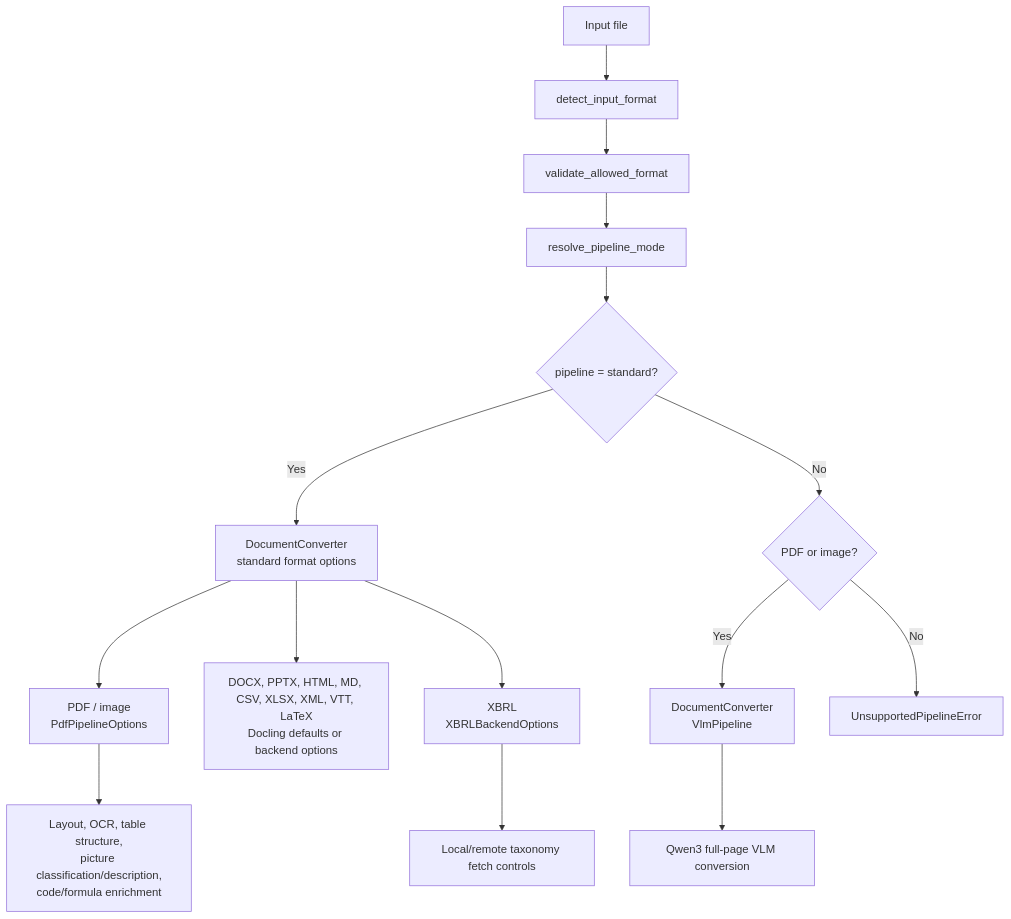
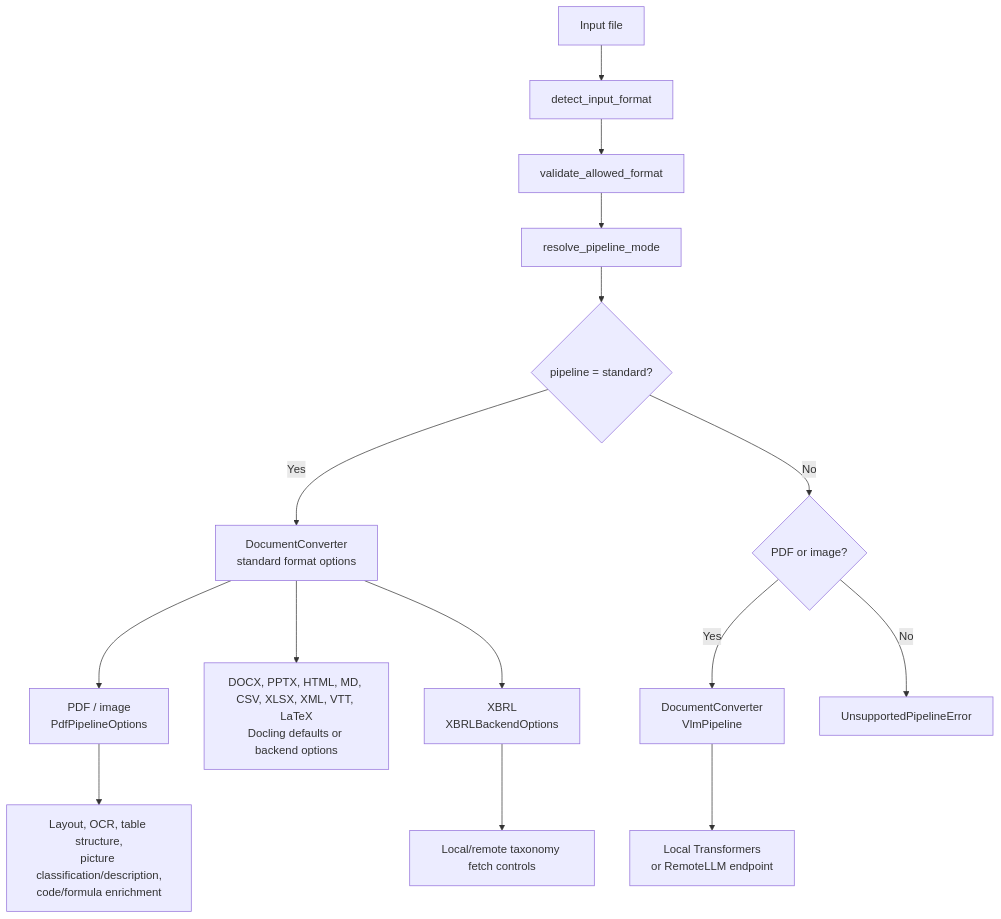
The fifth of 7 diagrams in docs/architecture-diagram.md (alrolo3/ingest-orquestator-service), drawn with Mermaid before and after one commit. The commit also changed other lines of this file and 38 other files, not shown here.

Commit message:
Implement RemoteLLM Docling routing

````diff
--- a/docs/architecture-diagram.md
+++ b/docs/architecture-diagram.md
@@ -172,20 +172,20 @@
 ```mermaid
 flowchart TD
     Input["Input file"] --> Detect["detect_input_format"]
     Detect --> Validate["validate_allowed_format"]
     Validate --> Resolve["resolve_pipeline_mode"]
 
     Resolve --> Standard{"pipeline = standard?"}
     Standard -->|Yes| StandardConverter["DocumentConverter<br/>standard format options"]
     Standard -->|No| VLMCheck{"PDF or image?"}
     VLMCheck -->|Yes| VLMConverter["DocumentConverter<br/>VlmPipeline"]
     VLMCheck -->|No| Error["UnsupportedPipelineError"]
 
     StandardConverter --> PdfImage["PDF / image<br/>PdfPipelineOptions"]
     StandardConverter --> Simple["DOCX, PPTX, HTML, MD, CSV, XLSX, XML, VTT, LaTeX<br/>Docling defaults or backend options"]
     StandardConverter --> XBRL["XBRL<br/>XBRLBackendOptions"]
 
     PdfImage --> Stages["Layout, OCR, table structure,<br/>picture classification/description,<br/>code/formula enrichment"]
-    VLMConverter --> Qwen["Qwen3 full-page VLM conversion"]
+    VLMConverter --> VLMRuntime["Local Transformers<br/>or RemoteLLM endpoint"]
     XBRL --> Taxonomy["Local/remote taxonomy fetch controls"]
 ```
````
